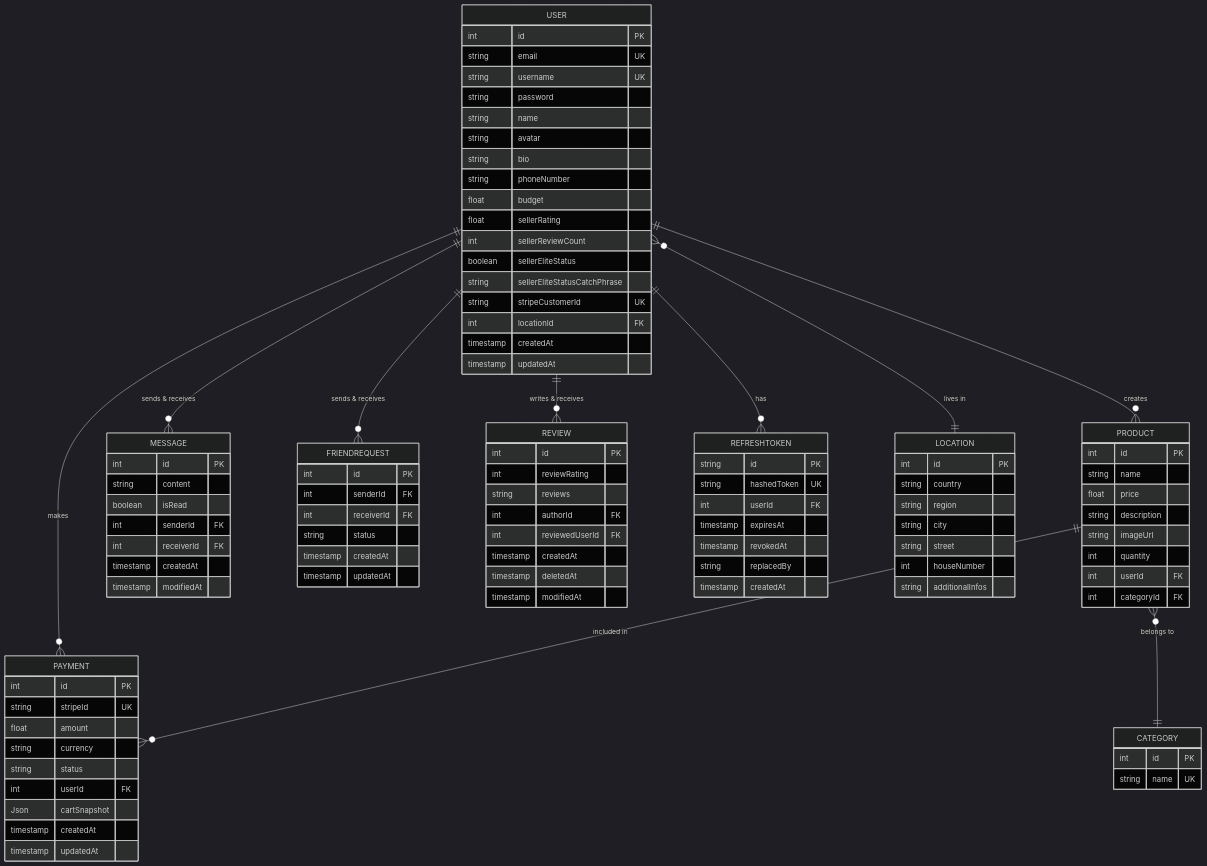
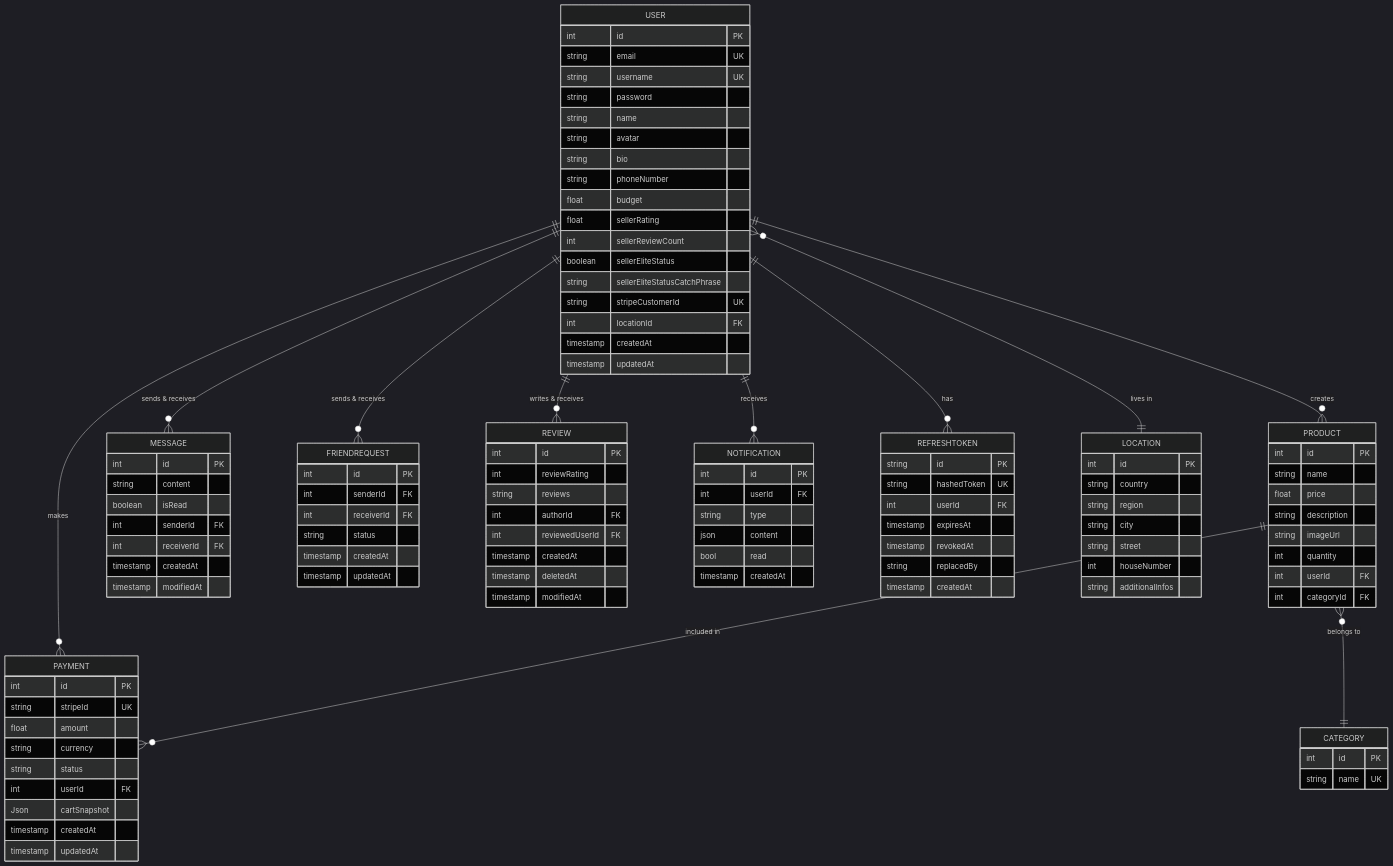
One commit to TheGoodCorner/TheGoodCorner changed the diagram in README.md. Above: the diagram before and after it, drawn with Mermaid (dark theme). The commit also changed other lines of this file, not shown here.

Commit message:
FIX: notification added in readme table

````diff
--- a/README.md
+++ b/README.md
@@ -238,6 +255,7 @@
     USER ||--o{ MESSAGE : "sends & receives"
     USER ||--o{ FRIENDREQUEST : "sends & receives"
     USER ||--o{ REVIEW : "writes & receives"
+    USER ||--o{ NOTIFICATION : receives
     USER ||--o{ REFRESHTOKEN : has
     USER }o--|| LOCATION : "lives in"
     PRODUCT }o--|| CATEGORY : "belongs to"
@@ -340,4 +358,13 @@
         string replacedBy
         timestamp createdAt
     }
+
+    NOTIFICATION {
+        int id PK
+        int userId FK
+        string type
+        json content
+        bool read
+        timestamp createdAt
+    }
 ```
````
